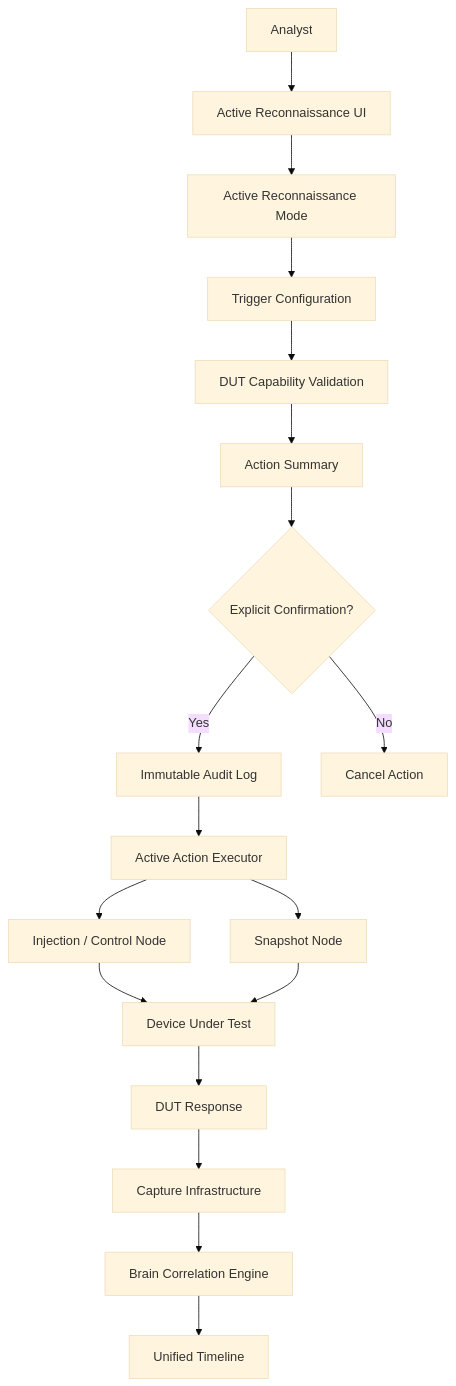
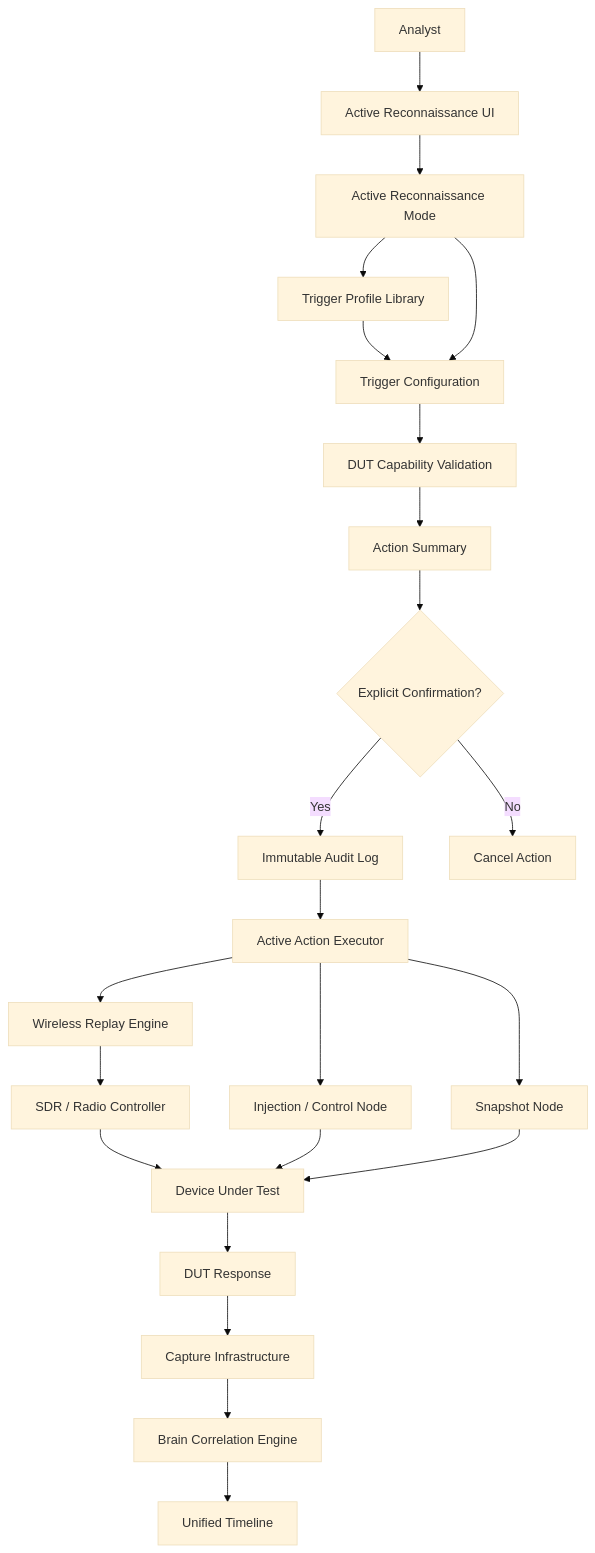
One commit to EG-ETCS/wiresploit changed the tenth of 18 diagrams in docs/01_Requirements/01_SysRS/05_System_Architecture.md. Above: the diagram before and after it, drawn with Mermaid (base theme). The commit also changed other lines of this file, not shown here.

First line of the commit message:
Map functional requirements and update architecture

````diff
--- a/docs/01_Requirements/01_SysRS/05_System_Architecture.md
+++ b/docs/01_Requirements/01_SysRS/05_System_Architecture.md
@@ -510,60 +552,75 @@
 ```mermaid
 flowchart TB
 
     Analyst["Analyst"]
 
     UI["Active Reconnaissance UI"]
 
     Mode["Active Reconnaissance Mode"]
+
+    Profile["Trigger Profile Library"]
 
     Config["Trigger Configuration"]
 
     Validate["DUT Capability Validation"]
 
     Summary["Action Summary"]
 
     Confirm{"Explicit Confirmation?"}
 
     Audit["Immutable Audit Log"]
 
     Execute["Active Action Executor"]
 
     Injection["Injection / Control Node"]
 
+    Wireless["Wireless Replay Engine"]
+
+    SDR["SDR / Radio Controller"]
+
     Snapshot["Snapshot Node"]
 
     DUT["Device Under Test"]
 
     Response["DUT Response"]
 
     Capture["Capture Infrastructure"]
 
     Brain["Brain Correlation Engine"]
 
     Timeline["Unified Timeline"]
 
     Analyst --> UI
     UI --> Mode
+
+    Mode --> Profile
+    Profile --> Config
+
     Mode --> Config
+
     Config --> Validate
-
     Validate --> Summary
     Summary --> Confirm
 
     Confirm -->|No| Abort["Cancel Action"]
+
     Confirm -->|Yes| Audit
 
     Audit --> Execute
 
     Execute --> Injection
+    Execute --> Wireless
+    Wireless --> SDR
+    SDR --> DUT
+
     Execute --> Snapshot
+    Injection --> DUT
 
-    Injection --> DUT
     Snapshot --> DUT
 
     DUT --> Response
     Response --> Capture
 
     Capture --> Brain
     Brain --> Timeline
 ```
````
